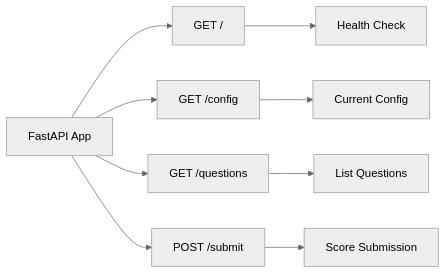
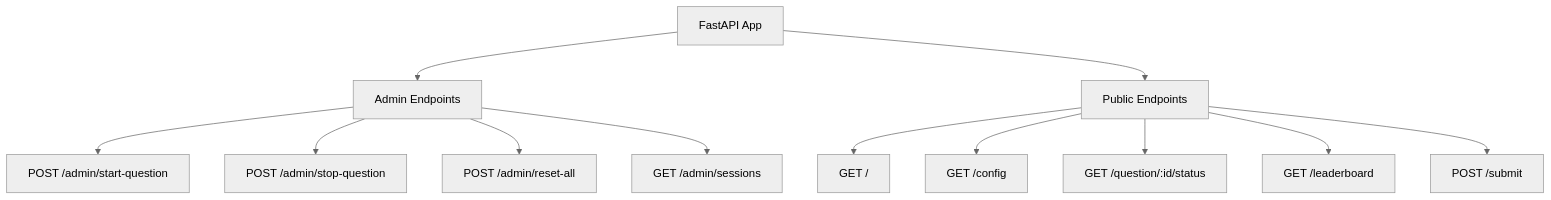
The second of 9 diagrams in docs/system-design.md (finalFlash159/mock-server-scoring-api-for-AIC-VBS), drawn with Mermaid (neutral theme) before and after one commit. The commit also changed other lines of this file and 4 other files, not shown here.

````diff
--- a/docs/system-design.md
+++ b/docs/system-design.md
@@ -29,12 +40,16 @@
 ```mermaid
-graph LR
-    A[FastAPI App] --> B[GET /]
-    A --> C[GET /config]
-    A --> D[GET /questions]
-    A --> E[POST /submit]
+graph TB
+    A[FastAPI App] --> B[Admin Endpoints]
+    A --> C[Public Endpoints]
     
-    B --> F[Health Check]
-    C --> G[Current Config]
-    D --> H[List Questions]
-    E --> I[Score Submission]
+    B --> B1[POST /admin/start-question]
+    B --> B2[POST /admin/stop-question]
+    B --> B3[POST /admin/reset-all]
+    B --> B4[GET /admin/sessions]
+    
+    C --> C1[GET /]
+    C --> C2[GET /config]
+    C --> C3[GET /question/:id/status]
+    C --> C4[GET /leaderboard]
+    C --> C5[POST /submit]
 ```
````
